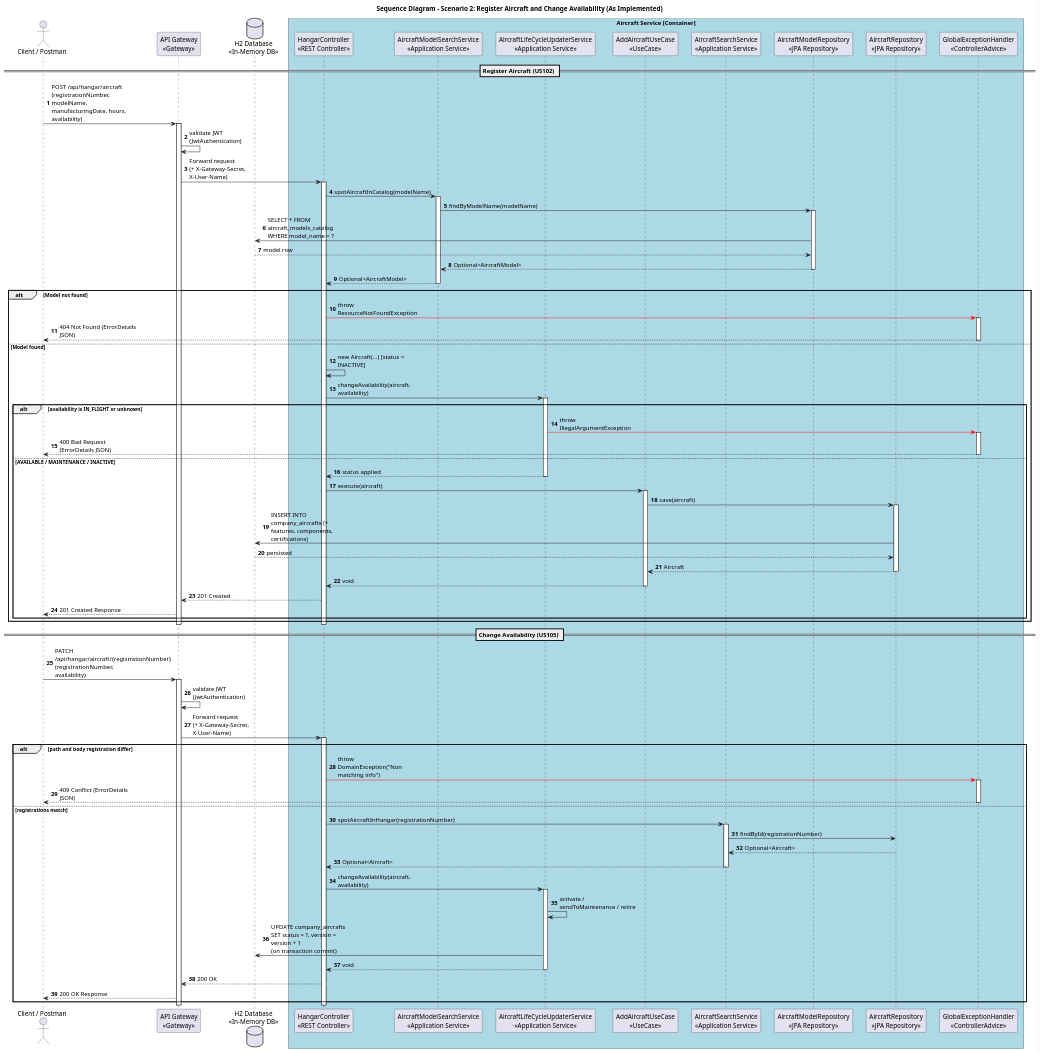
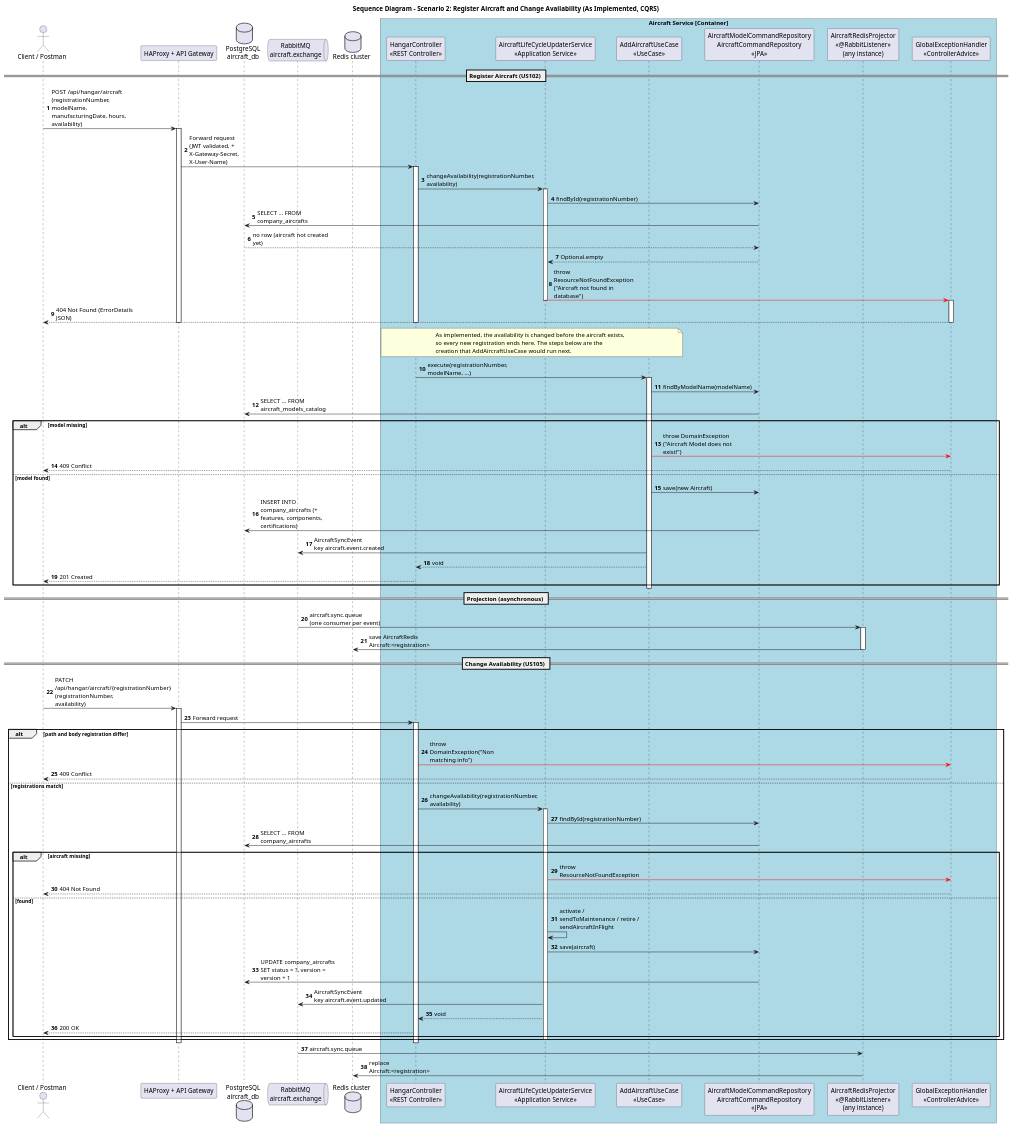
The diagram in aircraft-service/docs/sequence-diagrams/scenario-2-register-aircraft.puml (8126Lucas/SIDIS_G6_3DA), drawn with PlantUML before and after one commit. The commit also changed 48 other files, not shown here.

```diff
--- a/aircraft-service/docs/sequence-diagrams/scenario-2-register-aircraft.puml
+++ b/aircraft-service/docs/sequence-diagrams/scenario-2-register-aircraft.puml
@@ -1,122 +1,117 @@
 @startuml
 skinparam responseMessageBelowArrow true
 skinparam maxMessageSize 180
 skinparam boxPadding 10
 skinparam participantPadding 10
 skinparam shadowing false
 
-title Sequence Diagram - Scenario 2: Register Aircraft and Change Availability (As Implemented)
+title Sequence Diagram - Scenario 2: Register Aircraft and Change Availability (As Implemented, CQRS)
 
 autonumber
 
 actor "Client / Postman" as client
-participant "API Gateway\n<<Gateway>>" as gateway
+participant "HAProxy + API Gateway" as gateway
 participant "HangarController\n<<REST Controller>>" as controller
-participant "AircraftModelSearchService\n<<Application Service>>" as model_search
 participant "AircraftLifeCycleUpdaterService\n<<Application Service>>" as lifecycle
 participant "AddAircraftUseCase\n<<UseCase>>" as add_uc
-participant "AircraftSearchService\n<<Application Service>>" as aircraft_search
-participant "AircraftModelRepository\n<<JPA Repository>>" as model_repo
-participant "AircraftRepository\n<<JPA Repository>>" as aircraft_repo
-database "H2 Database\n<<In-Memory DB>>" as db
+participant "AircraftModelCommandRepository\nAircraftCommandRepository\n<<JPA>>" as cmd_repo
+database "PostgreSQL\naircraft_db" as pg
+queue "RabbitMQ\naircraft.exchange" as mq
+participant "AircraftRedisProjector\n<<@RabbitListener>>\n(any instance)" as projector
+database "Redis cluster" as redis
 participant "GlobalExceptionHandler\n<<ControllerAdvice>>" as exception_handler
 
 box "Aircraft Service [Container]" #LightBlue
     participant controller
-    participant model_search
     participant lifecycle
     participant add_uc
-    participant aircraft_search
-    participant model_repo
-    participant aircraft_repo
+    participant cmd_repo
+    participant projector
     participant exception_handler
 end box
 
 == Register Aircraft (US102) ==
 
 client -> gateway : POST /api/hangar/aircraft\n(registrationNumber, modelName, manufacturingDate, hours, availability)
 activate gateway
-gateway -> gateway : validate JWT (JwtAuthentication)
-gateway -> controller : Forward request\n(+ X-Gateway-Secret, X-User-Name)
+gateway -> controller : Forward request\n(JWT validated, + X-Gateway-Secret, X-User-Name)
 activate controller
 
-controller -> model_search : spotAircraftInCatalog(modelName)
-activate model_search
-model_search -> model_repo : findByModelName(modelName)
-activate model_repo
-model_repo -> db : SELECT * FROM aircraft_models_catalog WHERE model_name = ?
-db --> model_repo : model row
-model_repo --> model_search : Optional<AircraftModel>
-deactivate model_repo
-model_search --> controller : Optional<AircraftModel>
-deactivate model_search
-
-alt Model not found
-    controller -[#red]> exception_handler : throw ResourceNotFoundException
-    activate exception_handler
-    exception_handler --> client : 404 Not Found (ErrorDetails JSON)
-    deactivate exception_handler
-else Model found
-    controller -> controller : new Aircraft(...) [status = INACTIVE]
-    controller -> lifecycle : changeAvailability(aircraft, availability)
-    activate lifecycle
-    alt availability is IN_FLIGHT or unknown
-        lifecycle -[#red]> exception_handler : throw IllegalArgumentException
-        activate exception_handler
-        exception_handler --> client : 400 Bad Request (ErrorDetails JSON)
-        deactivate exception_handler
-    else AVAILABLE / MAINTENANCE / INACTIVE
-        lifecycle --> controller : status applied
-        deactivate lifecycle
-        controller -> add_uc : execute(aircraft)
-        activate add_uc
-        add_uc -> aircraft_repo : save(aircraft)
-        activate aircraft_repo
-        aircraft_repo -> db : INSERT INTO company_aircrafts (+ features, components, certifications)
-        db --> aircraft_repo : persisted
-        aircraft_repo --> add_uc : Aircraft
-        deactivate aircraft_repo
-        add_uc --> controller : void
-        deactivate add_uc
-        controller --> gateway : 201 Created
-        gateway --> client : 201 Created Response
-    end
-end
+controller -> lifecycle : changeAvailability(registrationNumber, availability)
+activate lifecycle
+lifecycle -> cmd_repo : findById(registrationNumber)
+cmd_repo -> pg : SELECT ... FROM company_aircrafts
+pg --> cmd_repo : no row (aircraft not created yet)
+cmd_repo --> lifecycle : Optional.empty
+lifecycle -[#red]> exception_handler : throw ResourceNotFoundException\n("Aircraft not found in database")
+deactivate lifecycle
+activate exception_handler
+exception_handler --> client : 404 Not Found (ErrorDetails JSON)
+deactivate exception_handler
 deactivate controller
 deactivate gateway
+
+note over controller, add_uc
+  As implemented, the availability is changed before the aircraft exists,
+  so every new registration ends here. The steps below are the
+  creation that AddAircraftUseCase would run next.
+end note
+
+controller -> add_uc : execute(registrationNumber, modelName, ...)
+activate add_uc
+add_uc -> cmd_repo : findByModelName(modelName)
+cmd_repo -> pg : SELECT ... FROM aircraft_models_catalog
+alt model missing
+    add_uc -[#red]> exception_handler : throw DomainException\n("Aircraft Model does not exist!")
+    exception_handler --> client : 409 Conflict
+else model found
+    add_uc -> cmd_repo : save(new Aircraft)
+    cmd_repo -> pg : INSERT INTO company_aircrafts (+ features, components, certifications)
+    add_uc -> mq : AircraftSyncEvent\nkey aircraft.event.created
+    add_uc --> controller : void
+    controller --> client : 201 Created
+end
+deactivate add_uc
+
+== Projection (asynchronous) ==
+
+mq -> projector : aircraft.sync.queue\n(one consumer per event)
+activate projector
+projector -> redis : save AircraftRedis\nAircraft:<registration>
+deactivate projector
 
 == Change Availability (US105) ==
 
 client -> gateway : PATCH /api/hangar/aircraft/{registrationNumber}\n(registrationNumber, availability)
 activate gateway
-gateway -> gateway : validate JWT (JwtAuthentication)
-gateway -> controller : Forward request\n(+ X-Gateway-Secret, X-User-Name)
+gateway -> controller : Forward request
 activate controller
 
 alt path and body registration differ
     controller -[#red]> exception_handler : throw DomainException("Non matching info")
-    activate exception_handler
-    exception_handler --> client : 409 Conflict (ErrorDetails JSON)
-    deactivate exception_handler
+    exception_handler --> client : 409 Conflict
 else registrations match
-    controller -> aircraft_search : spotAircraftInHangar(registrationNumber)
-    activate aircraft_search
-    aircraft_search -> aircraft_repo : findById(registrationNumber)
-    aircraft_repo --> aircraft_search : Optional<Aircraft>
-    aircraft_search --> controller : Optional<Aircraft>
-    deactivate aircraft_search
-
-    controller -> lifecycle : changeAvailability(aircraft, availability)
+    controller -> lifecycle : changeAvailability(registrationNumber, availability)
     activate lifecycle
-    lifecycle -> lifecycle : activate / sendToMaintenance / retire
-    lifecycle -> db : UPDATE company_aircrafts SET status = ?, version = version + 1\n(on transaction commit)
-    lifecycle --> controller : void
+    lifecycle -> cmd_repo : findById(registrationNumber)
+    cmd_repo -> pg : SELECT ... FROM company_aircrafts
+    alt aircraft missing
+        lifecycle -[#red]> exception_handler : throw ResourceNotFoundException
+        exception_handler --> client : 404 Not Found
+    else found
+        lifecycle -> lifecycle : activate / sendToMaintenance / retire / sendAircraftInFlight
+        lifecycle -> cmd_repo : save(aircraft)
+        cmd_repo -> pg : UPDATE company_aircrafts SET status = ?, version = version + 1
+        lifecycle -> mq : AircraftSyncEvent\nkey aircraft.event.updated
+        lifecycle --> controller : void
+        controller --> client : 200 OK
+    end
     deactivate lifecycle
-
-    controller --> gateway : 200 OK
-    gateway --> client : 200 OK Response
 end
 deactivate controller
 deactivate gateway
 
+mq -> projector : aircraft.sync.queue
+projector -> redis : replace Aircraft:<registration>
+
 @enduml
```
